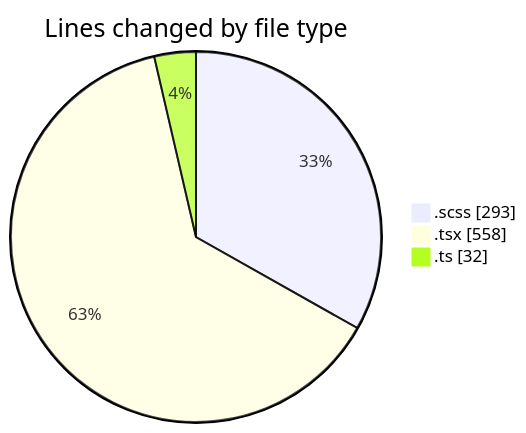
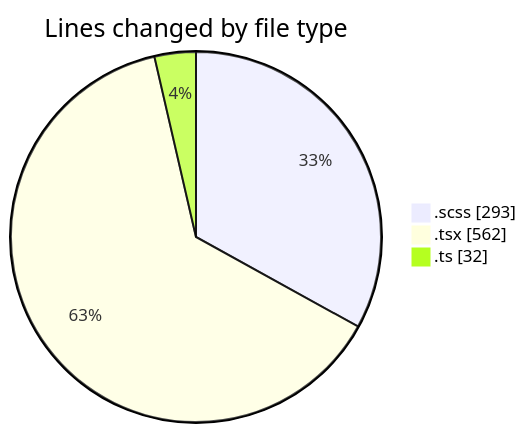
The first of 2 diagrams in 2025-03-04/cda/README.md (momahboobian/code-tracking), drawn with Mermaid before and after one commit. The commit also changed other lines of this file and 1 other file, not shown here.

````diff
--- a/2025-03-04/cda/README.md
+++ b/2025-03-04/cda/README.md
@@ -25,7 +25,7 @@
 ```mermaid
 pie showData
 title Lines changed by file type
 ".scss" : 293
-".tsx" : 558
+".tsx" : 562
 ".ts" : 32
 ```
````
